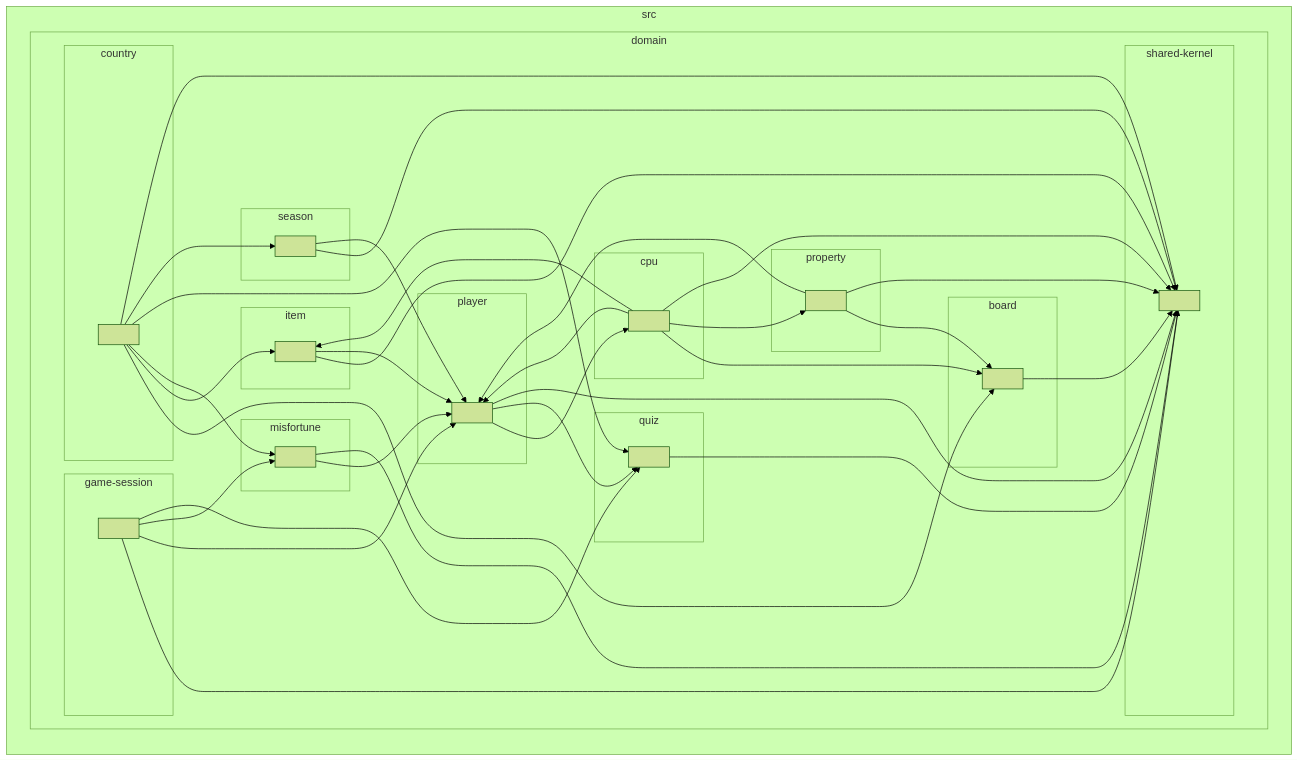
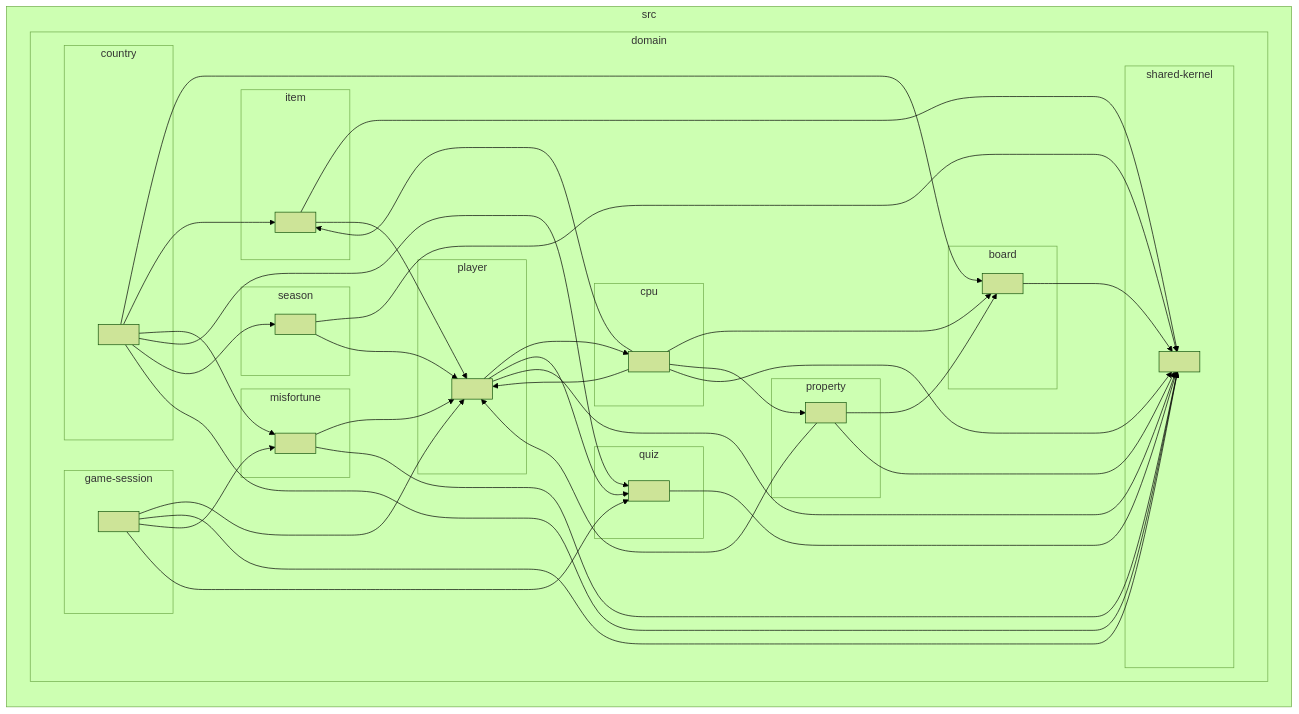
One commit to t29mato/grand-express changed the third of 3 diagrams in docs/10-architecture/06-dependency-graph.md. Above: the diagram before and after it, drawn with Mermaid (forest theme). The commit also changed other lines of this file, not shown here.

````diff
--- a/docs/10-architecture/06-dependency-graph.md
+++ b/docs/10-architecture/06-dependency-graph.md
@@ -286,70 +288,70 @@
 ```mermaid
 flowchart LR
 
 subgraph 0["src"]
 subgraph 1["domain"]
 subgraph 2["board"]
 3[" "]
 end
 subgraph 4["country"]
 5[" "]
 end
 subgraph 6["cpu"]
 7[" "]
 end
 subgraph 8["game-session"]
 9[" "]
 end
 subgraph A["item"]
 B[" "]
 end
 subgraph C["misfortune"]
 D[" "]
 end
 subgraph E["player"]
 F[" "]
 end
 subgraph G["property"]
 H[" "]
 end
 subgraph I["quiz"]
 J[" "]
 end
 subgraph K["season"]
 L[" "]
 end
 subgraph M["shared-kernel"]
 N[" "]
 end
 end
 end
 3-->N
 5-->3
 5-->B
 5-->D
 5-->J
 5-->L
 5-->N
 7-->3
 7-->F
 7-->H
 7-->N
 7-->B
+9-->F
 9-->N
-9-->F
 9-->D
 9-->J
 B-->N
 B-->F
 D-->F
 D-->N
 F-->7
 F-->J
 F-->N
 H-->3
 H-->F
 H-->N
 J-->N
 L-->N
 L-->F
 ```
````
